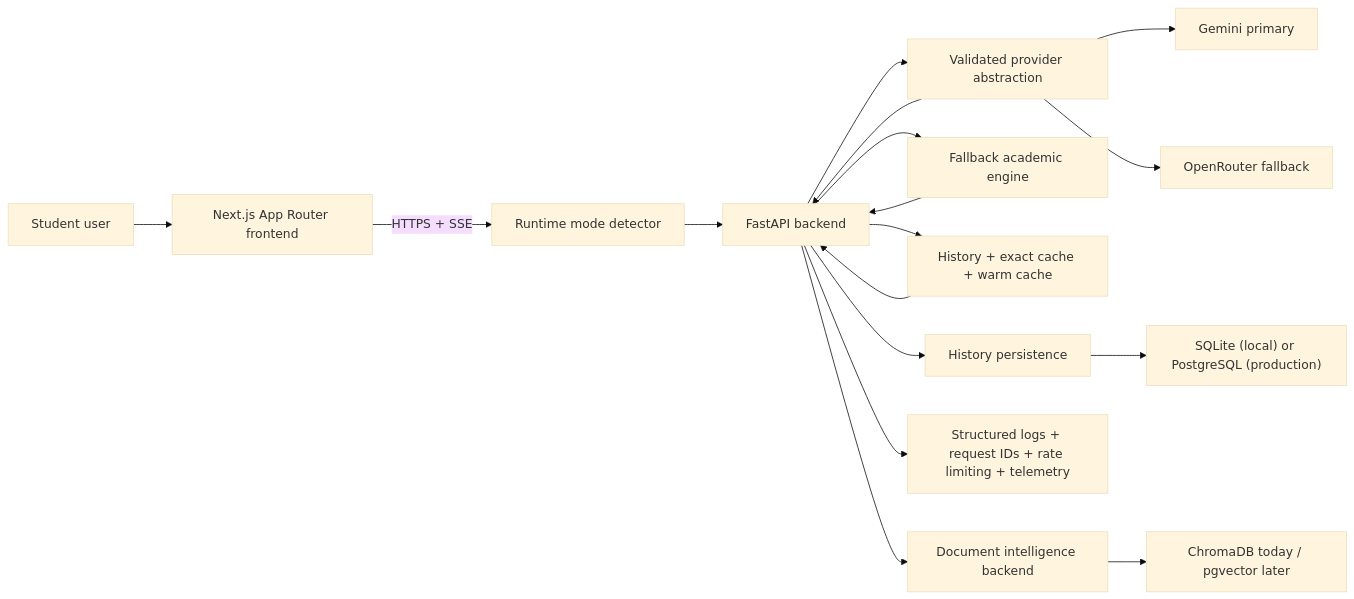
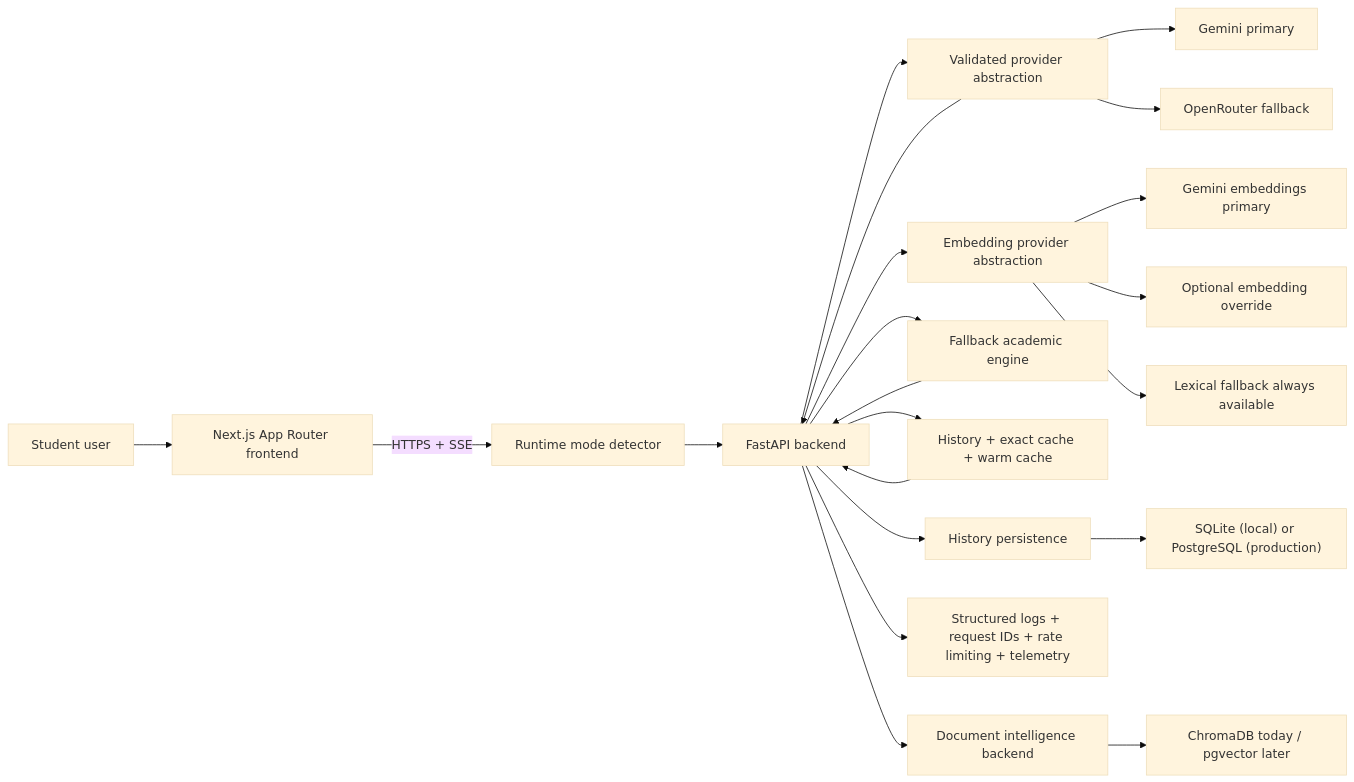
Before and after one commit to tauqxxr7/scholr: the first of 4 diagrams in ARCHITECTURE.md, drawn with Mermaid (base theme). The commit also changed other lines of this file and 7 other files, not shown here.

Commit message:
Add Scholr semantic retrieval provider abstraction

````diff
--- a/ARCHITECTURE.md
+++ b/ARCHITECTURE.md
@@ -9,19 +9,23 @@
 ```mermaid
 flowchart LR
     U["Student user"] --> F["Next.js App Router frontend"]
     F -->|"HTTPS + SSE"| M["Runtime mode detector"]
     M --> B["FastAPI backend"]
     B --> G["Validated provider abstraction"]
+    B --> E["Embedding provider abstraction"]
     B --> A["Fallback academic engine"]
     B --> C["History + exact cache + warm cache"]
     B --> H["History persistence"]
     B --> L["Structured logs + request IDs + rate limiting + telemetry"]
     H --> S["SQLite (local) or PostgreSQL (production)"]
     B --> D["Document intelligence backend"]
     D --> V["ChromaDB today / pgvector later"]
     G --> GP["Gemini primary"]
     G --> OR["OpenRouter fallback"]
+    E --> GE["Gemini embeddings primary"]
+    E --> EO["Optional embedding override"]
+    E --> LF["Lexical fallback always available"]
     G --> B
     A --> B
     C --> B
 ```
````
